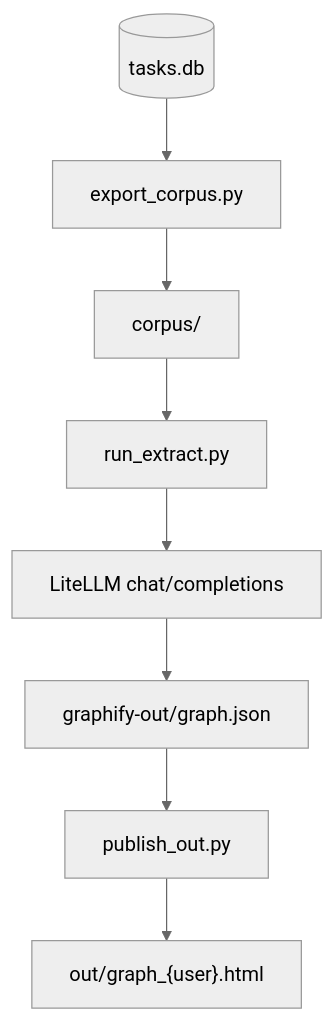
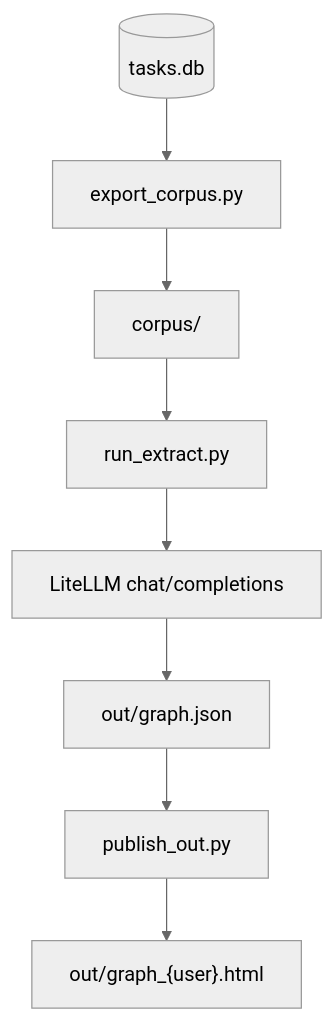
The diagram in graph/README.md (kyopark2014/agent-wiki), drawn with Mermaid (neutral theme) before and after one commit. The commit also changed other lines of this file and 32 other files, not shown here.

First line of the commit message:
Align knowledge graph pipeline with agent-skills auto-extract flow.

````diff
--- a/graph/README.md
+++ b/graph/README.md
@@ -75,10 +75,10 @@
 ```mermaid
 flowchart TB
   DB[(tasks.db)] --> EXP[export_corpus.py]
   EXP --> CORP[corpus/]
   CORP --> EXT[run_extract.py]
   EXT --> LLM[LiteLLM chat/completions]
-  LLM --> GJ[graphify-out/graph.json]
+  LLM --> GJ[out/graph.json]
   GJ --> PUB[publish_out.py]
   PUB --> OUT["out/graph_{user}.html"]
 ```
````
